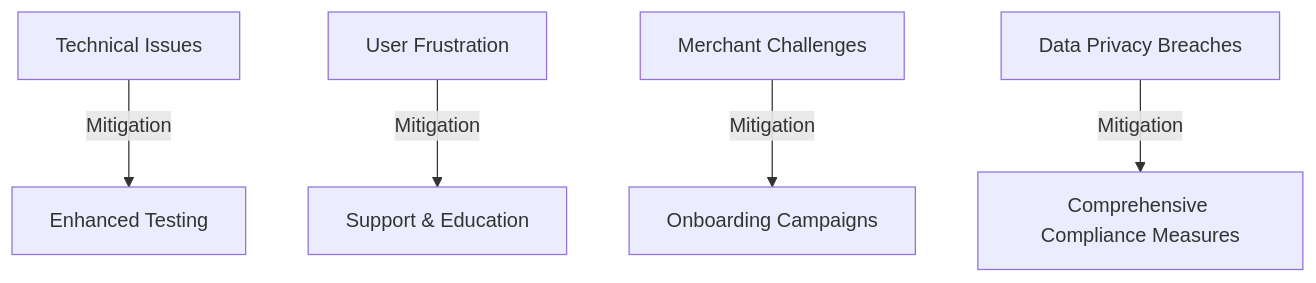
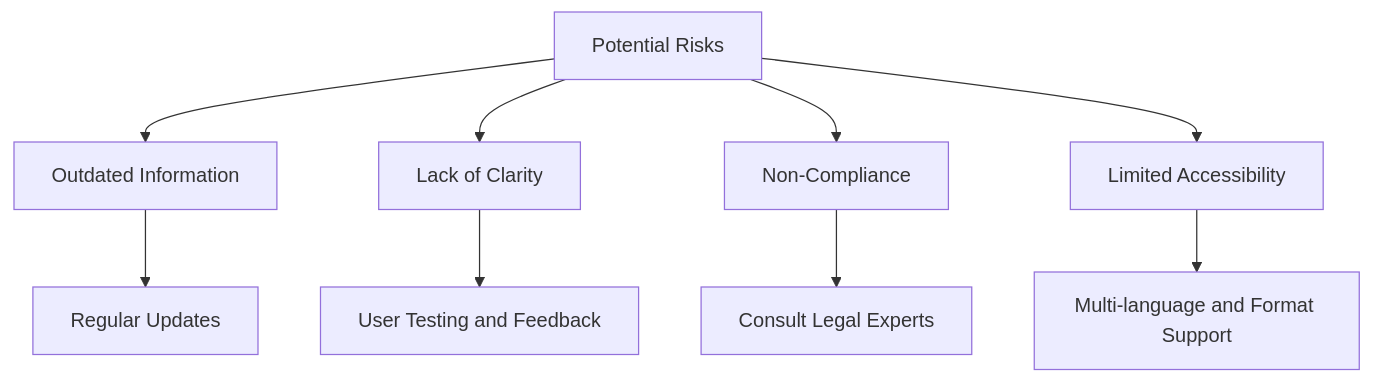
Before and after one commit to IIITLucknowSWEngg/CSAICSBTeam017: the fourth of 4 diagrams in Assignment/Stakeholders.md, drawn with Mermaid. The commit also changed other lines of this file, not shown here.

````diff
--- a/Assignment/Stakeholders.md
+++ b/Assignment/Stakeholders.md
@@ -67,7 +138,12 @@
-```mermaid
-graph TD
-    RT[Technical Issues] -->|Mitigation| TE[Enhanced Testing]
-    UF[User Frustration] -->|Mitigation| SP[Support & Education]
-    MP[Merchant Challenges] -->|Mitigation| OC[Onboarding Campaigns]
-    DC[Data Privacy Breaches] -->|Mitigation| CD[Comprehensive Compliance Measures]
-```
+```mermaid  
+graph TD  
+    A[Potential Risks]  
+    A --> B[Outdated Information]  
+    A --> C[Lack of Clarity]  
+    A --> D[Non-Compliance]  
+    A --> E[Limited Accessibility]  
+    B --> F[Regular Updates]  
+    C --> G[User Testing and Feedback]  
+    D --> H[Consult Legal Experts]  
+    E --> I[Multi-language and Format Support]  
+```  
````
